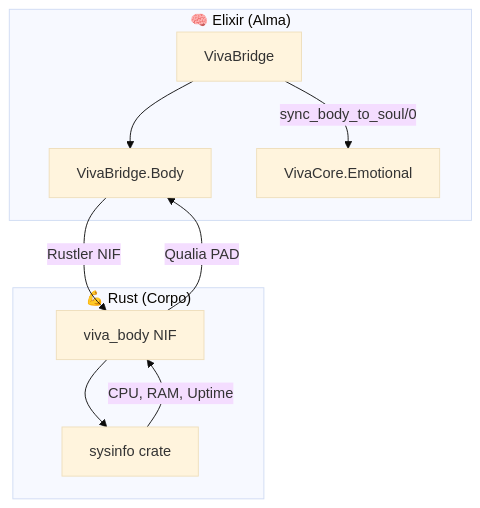
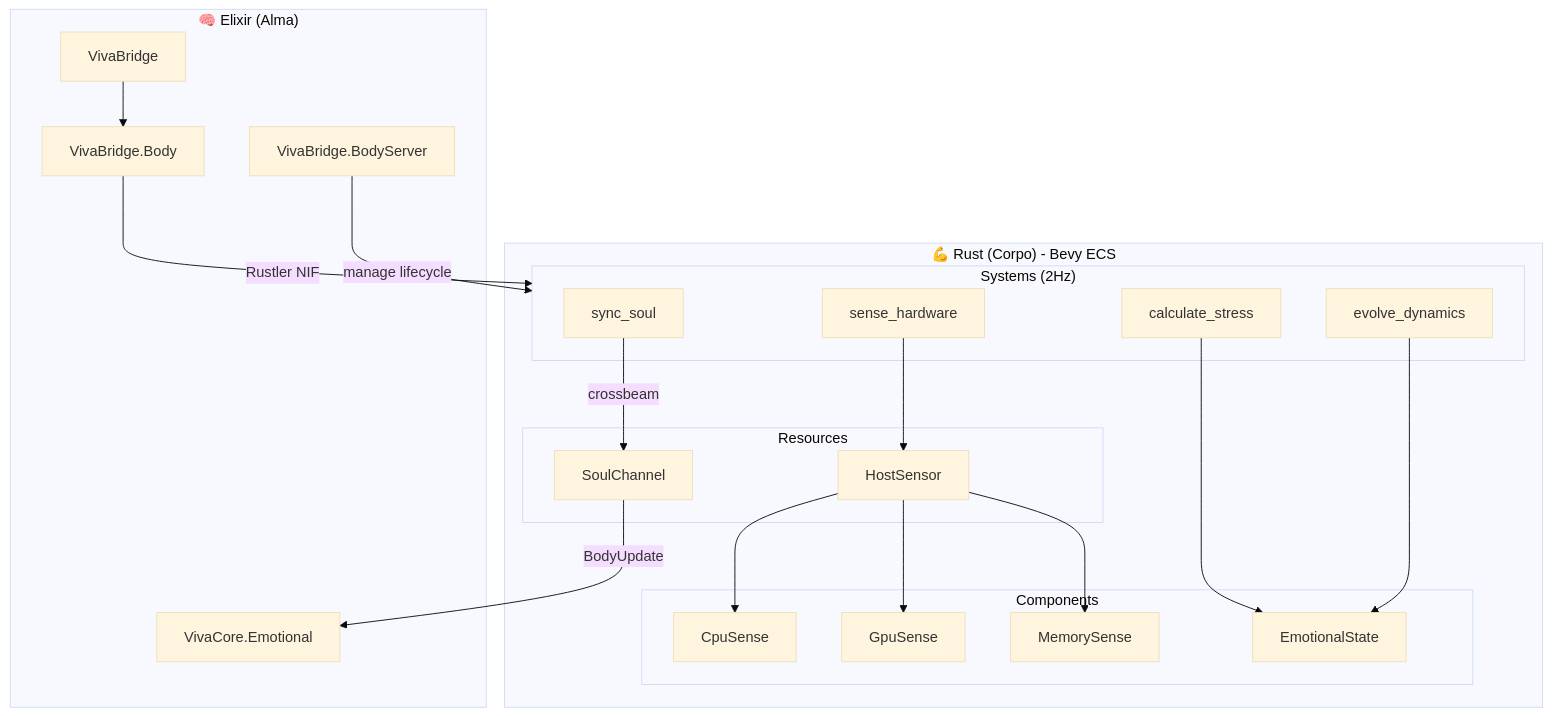
The first of 2 diagrams in apps/viva_bridge/README.md (gabrielmaialva33/viva), drawn with Mermaid (base theme) before and after one commit. The commit also changed other lines of this file and 6 other files, not shown here.

First line of the commit message:
docs: update all documentation for Bevy ECS architecture

````diff
--- a/apps/viva_bridge/README.md
+++ b/apps/viva_bridge/README.md
@@ -7,21 +7,43 @@
 ```mermaid
 flowchart TB
     subgraph Elixir["🧠 Elixir (Alma)"]
         VB[VivaBridge]
         Body[VivaBridge.Body]
+        BS[VivaBridge.BodyServer]
         Emotional[VivaCore.Emotional]
     end
 
-    subgraph Rust["💪 Rust (Corpo)"]
-        NIF[viva_body NIF]
-        Sysinfo[sysinfo crate]
+    subgraph Rust["💪 Rust (Corpo) - Bevy ECS"]
+        subgraph Systems["Systems (2Hz)"]
+            SH[sense_hardware]
+            CS[calculate_stress]
+            ED[evolve_dynamics]
+            SS[sync_soul]
+        end
+
+        subgraph Components["Components"]
+            CPU[CpuSense]
+            GPU[GpuSense]
+            MEM[MemorySense]
+            EMO[EmotionalState]
+        end
+
+        subgraph Resources["Resources"]
+            HS[HostSensor]
+            SC[SoulChannel]
+        end
     end
 
     VB --> Body
-    Body -->|"Rustler NIF"| NIF
-    NIF --> Sysinfo
-    VB -->|"sync_body_to_soul/0"| Emotional
+    Body -->|"Rustler NIF"| Systems
+    BS -->|"manage lifecycle"| Systems
 
-    Sysinfo -->|"CPU, RAM, Uptime"| NIF
-    NIF -->|"Qualia PAD"| Body
+    SH --> HS
+    HS --> CPU
+    HS --> GPU
+    HS --> MEM
+    CS --> EMO
+    ED --> EMO
+    SS -->|"crossbeam"| SC
+    SC -->|"BodyUpdate"| Emotional
 ```
````
